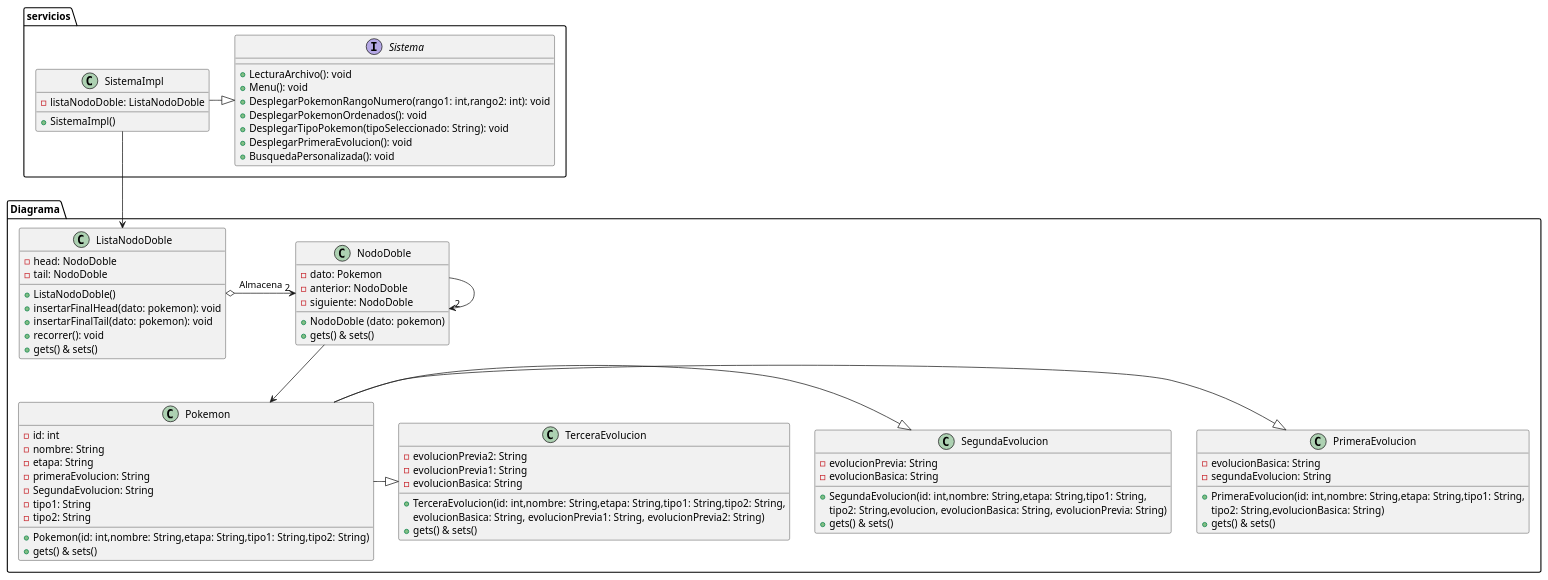
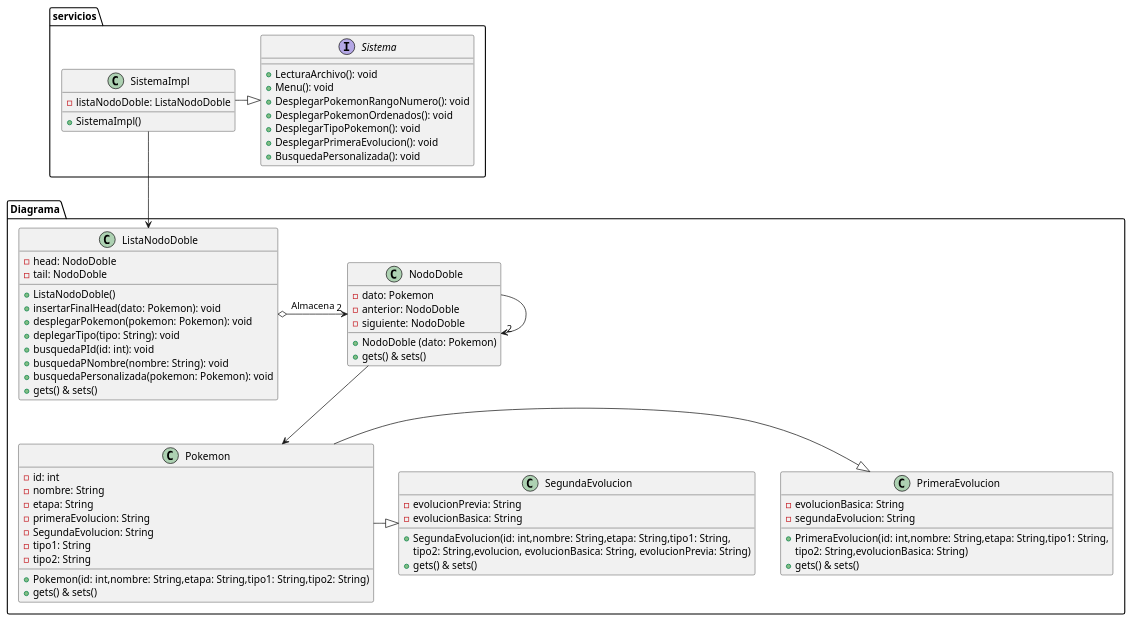
One commit to diegooblu/Taller-4 changed the diagram in src/Diagrama de Clases.puml. Above: the diagram before and after it, drawn with PlantUML.

Commit message:
Ultimo commit del taller 4, 18-06-2023

```diff
--- a/src/Diagrama de Clases.puml
+++ b/src/Diagrama de Clases.puml
@@ -1,87 +1,80 @@
 @startuml
 
 package Diagrama {
 
 class Pokemon {
 -id: int
 -nombre: String
 -etapa: String
 -primeraEvolucion: String
 -SegundaEvolucion: String
 -tipo1: String
 -tipo2: String
 +Pokemon(id: int,nombre: String,etapa: String,tipo1: String,tipo2: String)
 +gets() & sets()
 }
 Pokemon -down|> PrimeraEvolucion
 Pokemon -down|> SegundaEvolucion
-Pokemon -down|> TerceraEvolucion
 
 class PrimeraEvolucion {
 -evolucionBasica: String
 -segundaEvolucion: String
 +PrimeraEvolucion(id: int,nombre: String,etapa: String,tipo1: String,
 tipo2: String,evolucionBasica: String)
 +gets() & sets()
 }
 
 class SegundaEvolucion {
 -evolucionPrevia: String
 -evolucionBasica: String
 +SegundaEvolucion(id: int,nombre: String,etapa: String,tipo1: String,
 tipo2: String,evolucion, evolucionBasica: String, evolucionPrevia: String)
 +gets() & sets()
 }
 
-class TerceraEvolucion {
--evolucionPrevia2: String
--evolucionPrevia1: String
--evolucionBasica: String
-+TerceraEvolucion(id: int,nombre: String,etapa: String,tipo1: String,tipo2: String,
-evolucionBasica: String, evolucionPrevia1: String, evolucionPrevia2: String)
-+gets() & sets()
-}
-
 class NodoDoble {
 -dato: Pokemon
 -anterior: NodoDoble
 -siguiente: NodoDoble
-+NodoDoble (dato: pokemon)
++NodoDoble (dato: Pokemon)
 +gets() & sets()
 }
 NodoDoble -down>"2" NodoDoble
 NodoDoble -down-> Pokemon
 
 class ListaNodoDoble {
 -head: NodoDoble
 -tail: NodoDoble
 +ListaNodoDoble()
-+insertarFinalHead(dato: pokemon): void
-+insertarFinalTail(dato: pokemon): void
-+recorrer(): void
++insertarFinalHead(dato: Pokemon): void
++desplegarPokemon(pokemon: Pokemon): void
++deplegarTipo(tipo: String): void
++busquedaPId(id: int): void
++busquedaPNombre(nombre: String): void
++busquedaPersonalizada(pokemon: Pokemon): void
 +gets() & sets()
 }
 ListaNodoDoble o->"2" NodoDoble : Almacena
 }
 
 package servicios {
 
 interface Sistema {
 +LecturaArchivo(): void
 +Menu(): void
-+DesplegarPokemonRangoNumero(rango1: int,rango2: int): void
++DesplegarPokemonRangoNumero(): void
 +DesplegarPokemonOrdenados(): void
-+DesplegarTipoPokemon(tipoSeleccionado: String): void
++DesplegarTipoPokemon(): void
 +DesplegarPrimeraEvolucion(): void
 +BusquedaPersonalizada(): void
 }
 
 class SistemaImpl {
 -listaNodoDoble: ListaNodoDoble
 +SistemaImpl()
 }
 SistemaImpl -|> Sistema
 SistemaImpl --> ListaNodoDoble
 }
 
 @enduml
```
